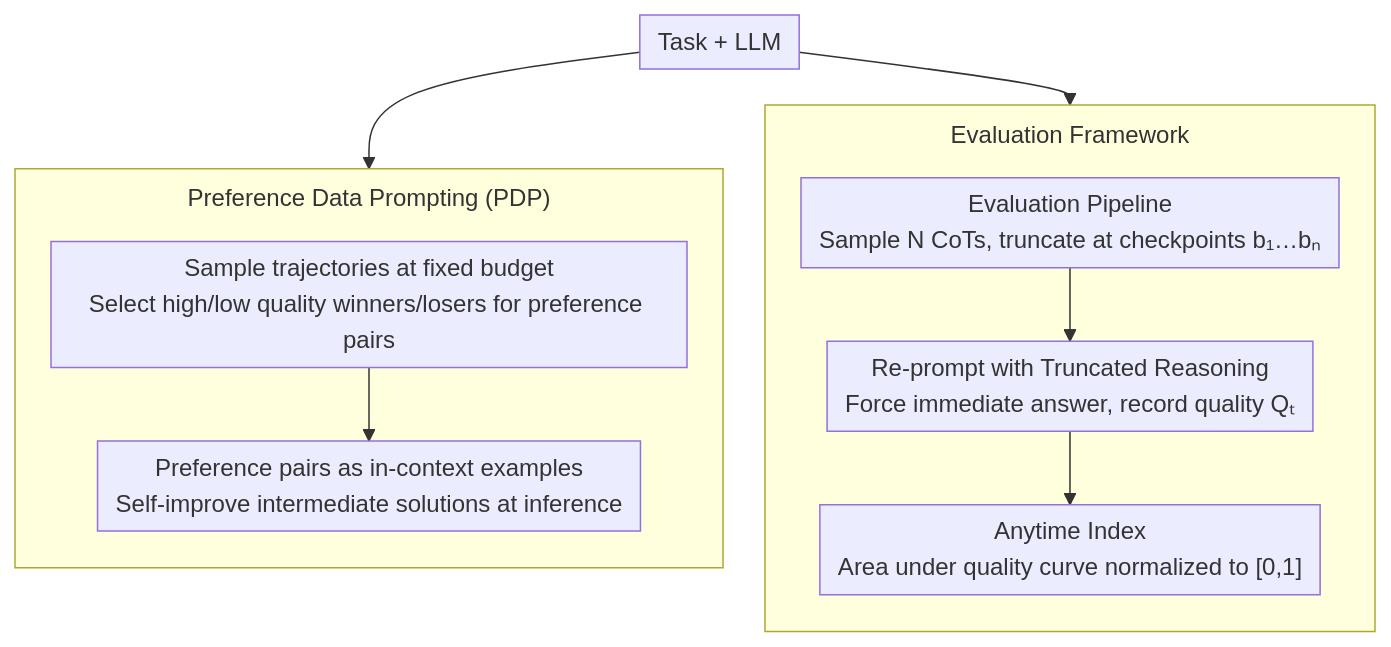
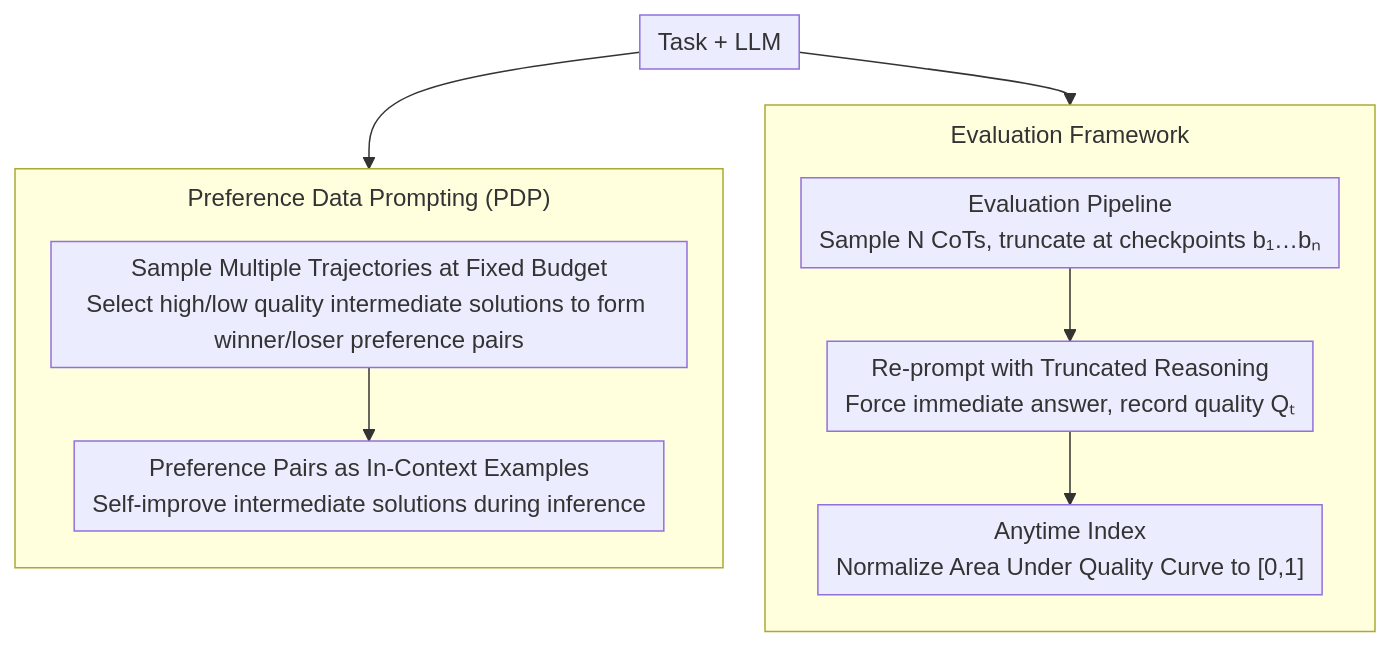
Before and after one commit to zhaoyang97/Paper-Notes-en: the diagram in docs/ACL2026/llm_reasoning/budget-aware_anytime_reasoning_with_llm-synthesized_preference_data.md, drawn with Mermaid. The commit also changed other lines of this file and 5084 other files, not shown here.

````diff
--- a/docs/ACL2026/llm_reasoning/budget-aware_anytime_reasoning_with_llm-synthesized_preference_data.md
+++ b/docs/ACL2026/llm_reasoning/budget-aware_anytime_reasoning_with_llm-synthesized_preference_data.md
@@ -45,15 +45,15 @@
 ```mermaid
 %%{init: {'flowchart': {'rankSpacing': 24, 'nodeSpacing': 28, 'padding': 6, 'wrappingWidth': 400, 'subGraphTitleMargin': {'top': 8, 'bottom': 16}}}}%%
 flowchart TD
     A["Task + LLM"] --> B
     A --> F
     subgraph EVAL["Evaluation Framework"]
         direction TB
         B["Evaluation Pipeline<br/>Sample N CoTs, truncate at checkpoints b₁…bₙ"] --> C["Re-prompt with Truncated Reasoning<br/>Force immediate answer, record quality Qₜ"]
-        C --> D["Anytime Index<br/>Area under quality curve normalized to [0,1]"]
+        C --> D["Anytime Index<br/>Normalize Area Under Quality Curve to [0,1]"]
     end
     subgraph PDP["Preference Data Prompting (PDP)"]
         direction TB
-        F["Sample trajectories at fixed budget<br/>Select high/low quality winners/losers for preference pairs"] --> G["Preference pairs as in-context examples<br/>Self-improve intermediate solutions at inference"]
+        F["Sample Multiple Trajectories at Fixed Budget<br/>Select high/low quality intermediate solutions to form winner/loser preference pairs"] --> G["Preference Pairs as In-Context Examples<br/>Self-improve intermediate solutions during inference"]
     end
 ```
````
